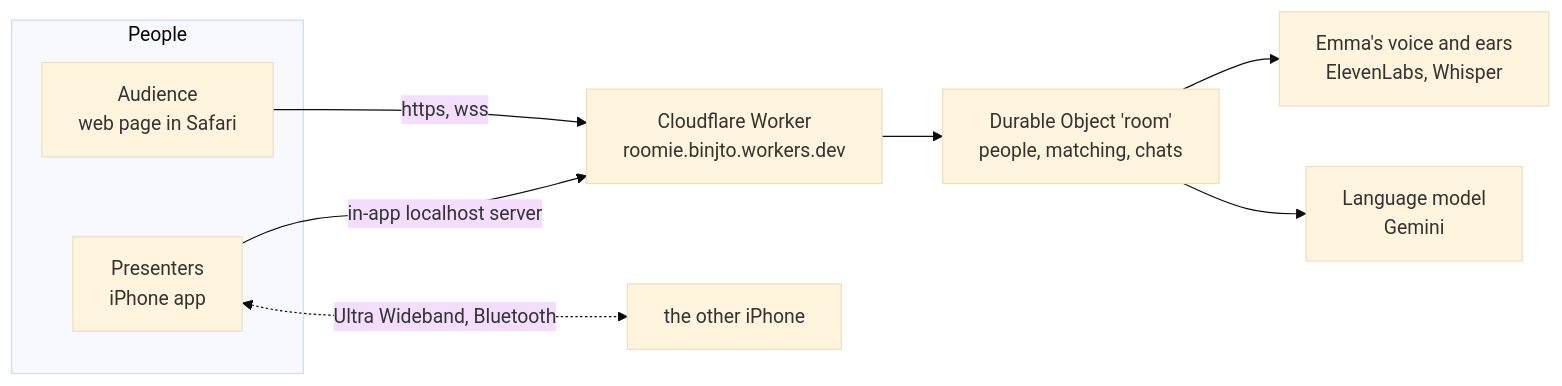
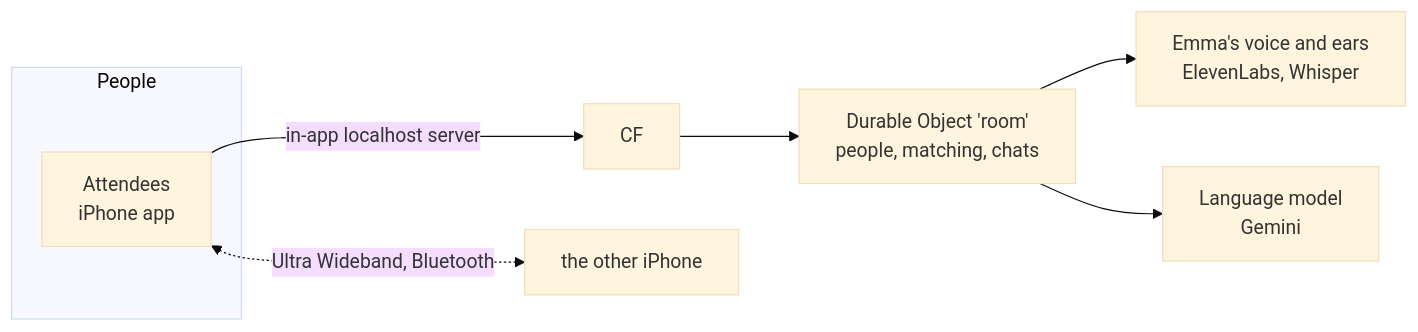
Before and after one commit to xgre1/pairshake: the diagram in README.md, drawn with Mermaid (base theme). The commit also changed other lines of this file and 39 other files, not shown here.

First line of the commit message:
PairShake is the iPhone app: its page moves to app/web, the web version leaves the repo

````diff
--- a/README.md
+++ b/README.md
@@ -9,13 +9,11 @@
 ```mermaid
 flowchart LR
   subgraph People
-    W["Audience<br/>web page in Safari"]
-    A["Presenters<br/>iPhone app"]
+    A["Attendees<br/>iPhone app"]
   end
-  W -- "https, wss" --> CF["Cloudflare Worker<br/>roomie.binjto.workers.dev"]
   A -- "in-app localhost server" --> CF
   CF --> S["Durable Object 'room'<br/>people, matching, chats"]
   S --> V["Emma's voice and ears<br/>ElevenLabs, Whisper"]
   S --> L["Language model<br/>Gemini"]
   A <-. "Ultra Wideband, Bluetooth" .-> A2["the other iPhone"]
 ```
````
